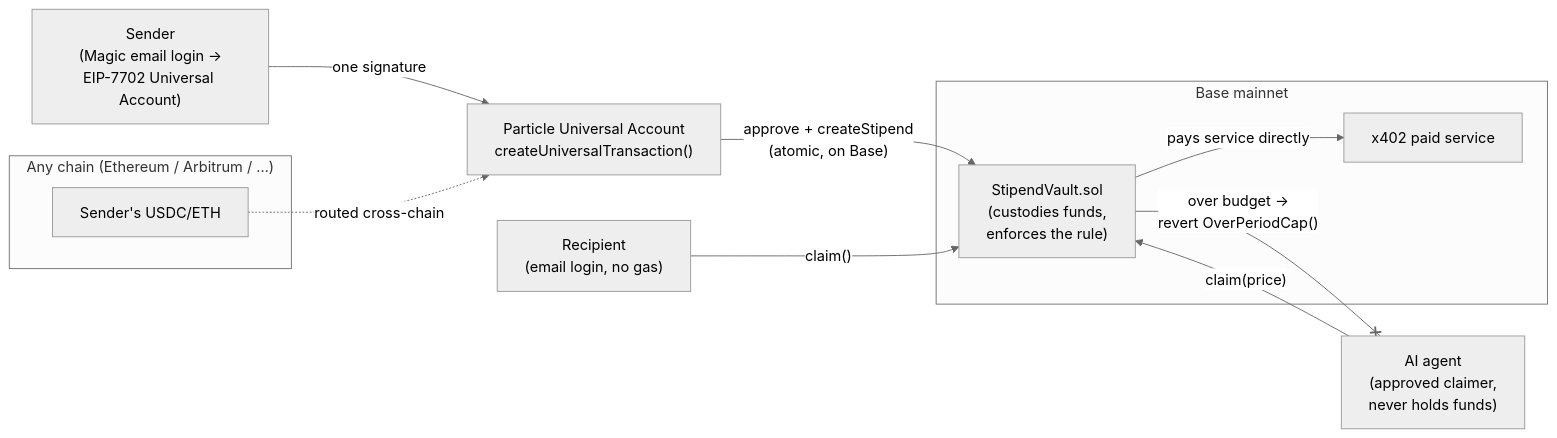
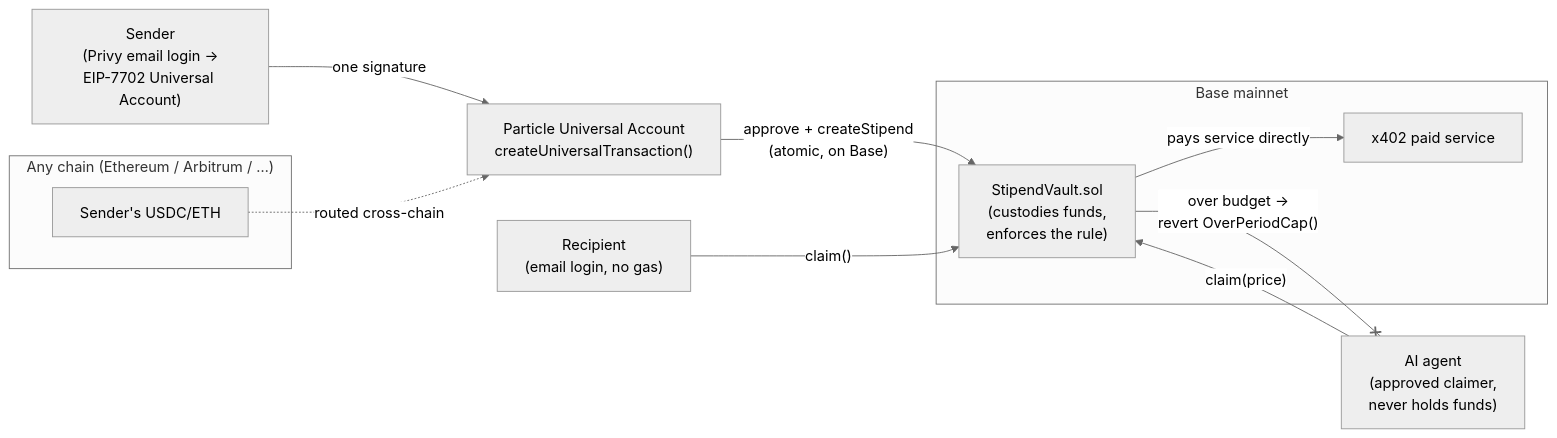
The diagram in README.md (Demiladepy/stipend), drawn with Mermaid (neutral theme) before and after one commit. The commit also changed other lines of this file and 17 other files, not shown here.

First line of the commit message:
feat(auth): migrate Magic -> Privy for onboarding + inline EIP-7702 auth

````diff
--- a/README.md
+++ b/README.md
@@ -32,19 +31,19 @@
 ```mermaid
 flowchart LR
     subgraph ANY["Any chain (Ethereum / Arbitrum / …)"]
         FUNDS["Sender's USDC/ETH"]
     end
 
     subgraph BASE["Base mainnet"]
         VAULT["StipendVault.sol\n(custodies funds,\nenforces the rule)"]
         SVC["x402 paid service"]
     end
 
-    SENDER["Sender\n(Magic email login →\nEIP-7702 Universal Account)"] -- "one signature" --> UA["Particle Universal Account\ncreateUniversalTransaction()"]
+    SENDER["Sender\n(Privy email login →\nEIP-7702 Universal Account)"] -- "one signature" --> UA["Particle Universal Account\ncreateUniversalTransaction()"]
     FUNDS -. "routed cross-chain" .-> UA
     UA -- "approve + createStipend\n(atomic, on Base)" --> VAULT
     RECIP["Recipient\n(email login, no gas)"] -- "claim()" --> VAULT
     AGENT["AI agent\n(approved claimer,\nnever holds funds)"] -- "claim(price)" --> VAULT
     VAULT -- "pays service directly" --> SVC
     VAULT -- "over budget →\nrevert OverPeriodCap()" --x AGENT
 ```
````
